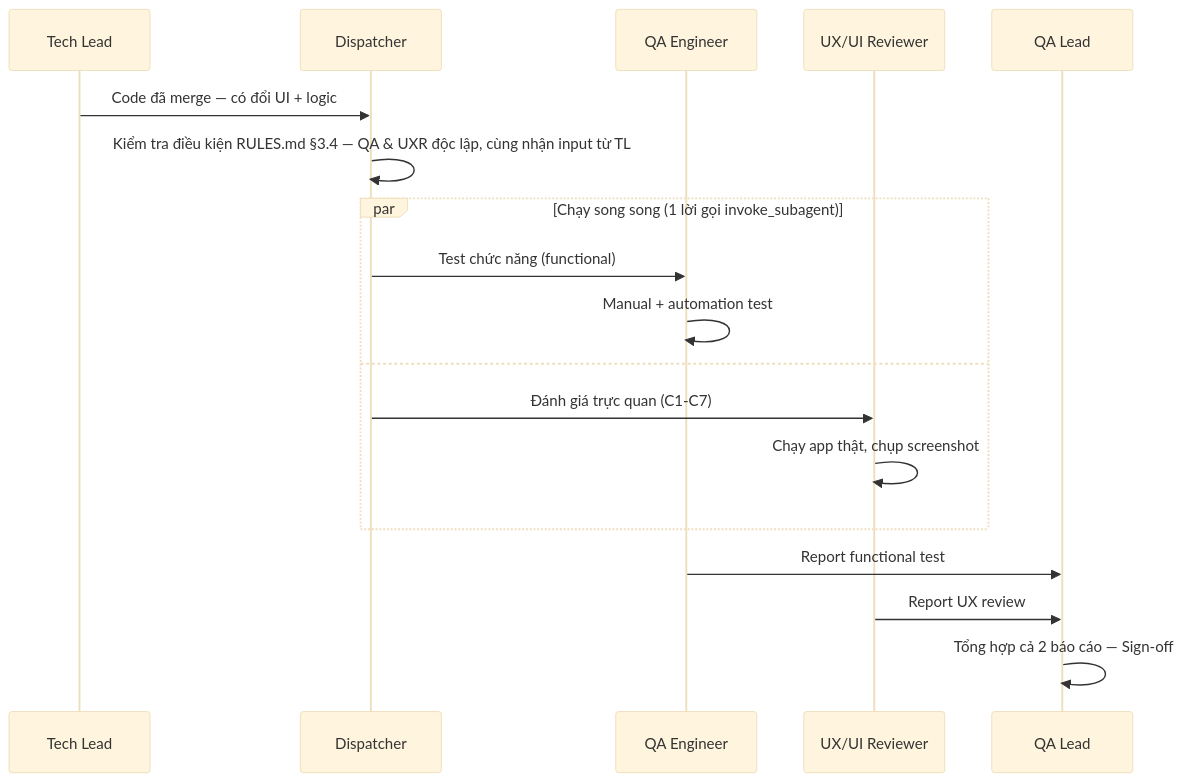
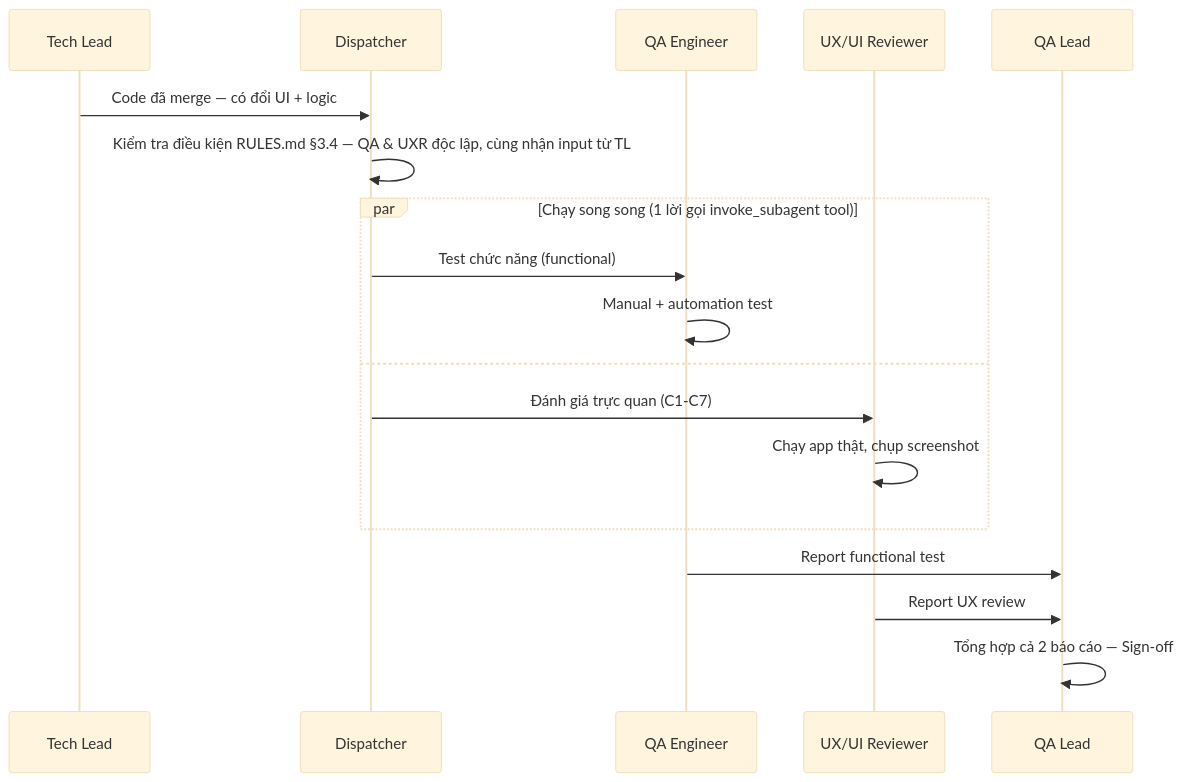
The ninth of 11 diagrams in WORKFLOW.md (flick-git-anhnv/Gemini), drawn with Mermaid (base theme) before and after one commit. The commit also changed other lines of this file and 127 other files, not shown here.

````diff
--- a/WORKFLOW.md
+++ b/WORKFLOW.md
@@ -349,21 +349,21 @@
 ```mermaid
 sequenceDiagram
     participant TL as Tech Lead
     participant Disp as Dispatcher
     participant QA as QA Engineer
     participant UXR as UX/UI Reviewer
     participant QAL as QA Lead
 
     TL->>Disp: Code đã merge — có đổi UI + logic
     Disp->>Disp: Kiểm tra điều kiện RULES.md §3.4 — QA & UXR độc lập, cùng nhận input từ TL
-    par Chạy song song (1 lời gọi invoke_subagent)
+    par Chạy song song (1 lời gọi invoke_subagent tool)
         Disp->>QA: Test chức năng (functional)
         QA->>QA: Manual + automation test
     and
         Disp->>UXR: Đánh giá trực quan (C1-C7)
         UXR->>UXR: Chạy app thật, chụp screenshot
     end
     QA->>QAL: Report functional test
     UXR->>QAL: Report UX review
     QAL->>QAL: Tổng hợp cả 2 báo cáo — Sign-off
 ```
````
